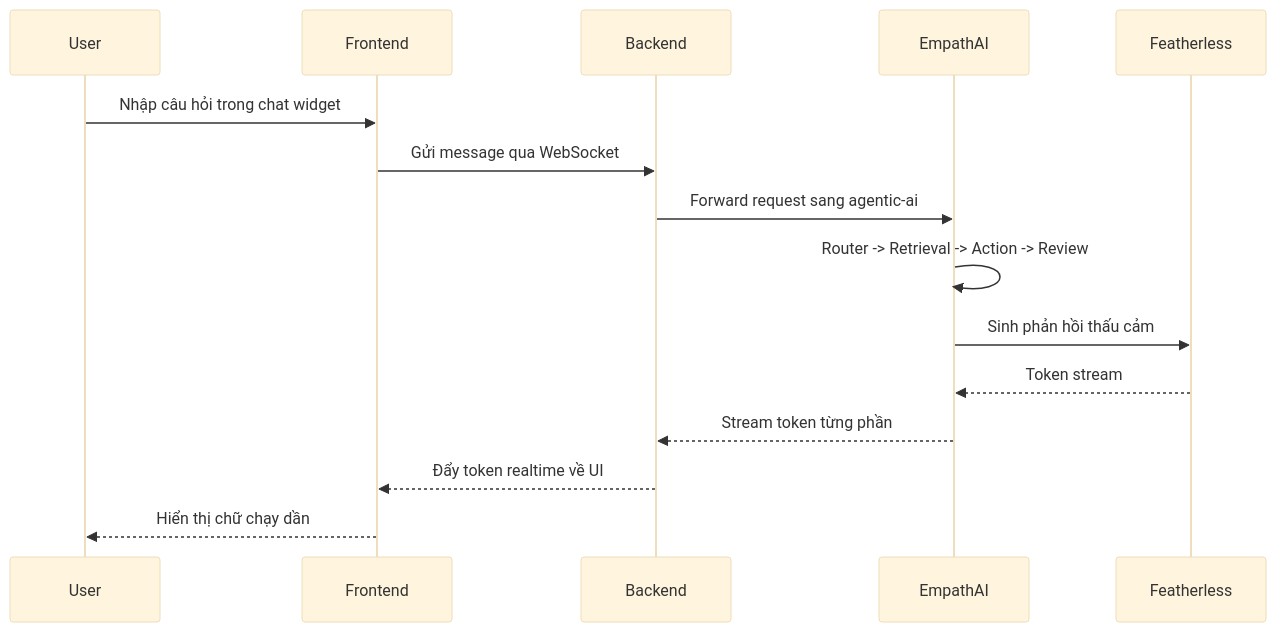
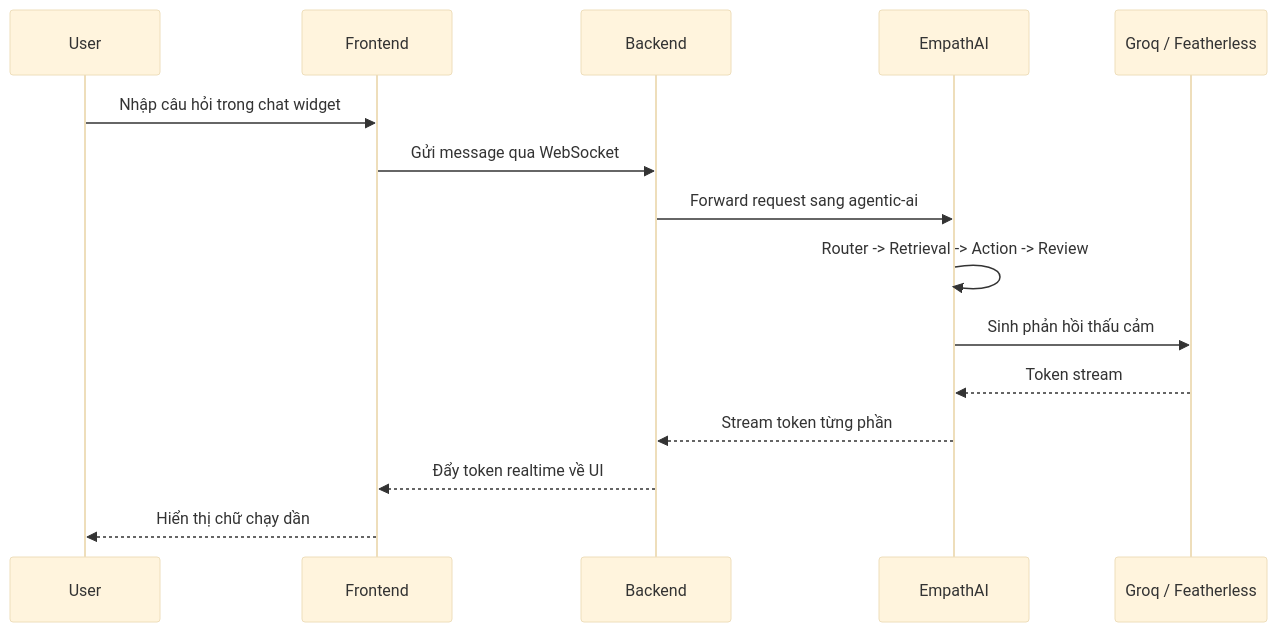
Before and after one commit to QuangVoAI/MilkyBloomVibeCode: the third of 4 diagrams in README.md, drawn with Mermaid (base theme). The commit also changed other lines of this file and 5 other files, not shown here.

Commit message:
feat(agentic-ai): make groq default with featherless fallback

````diff
--- a/README.md
+++ b/README.md
@@ -101,18 +101,18 @@
 ```mermaid
 sequenceDiagram
     participant U as User
     participant FE as Frontend
     participant BE as Backend
     participant AI as EmpathAI
-    participant LLM as Featherless
+    participant LLM as Groq / Featherless
 
     U->>FE: Nhập câu hỏi trong chat widget
     FE->>BE: Gửi message qua WebSocket
     BE->>AI: Forward request sang agentic-ai
     AI->>AI: Router -> Retrieval -> Action -> Review
     AI->>LLM: Sinh phản hồi thấu cảm
     LLM-->>AI: Token stream
     AI-->>BE: Stream token từng phần
     BE-->>FE: Đẩy token realtime về UI
     FE-->>U: Hiển thị chữ chạy dần
 ```
````
